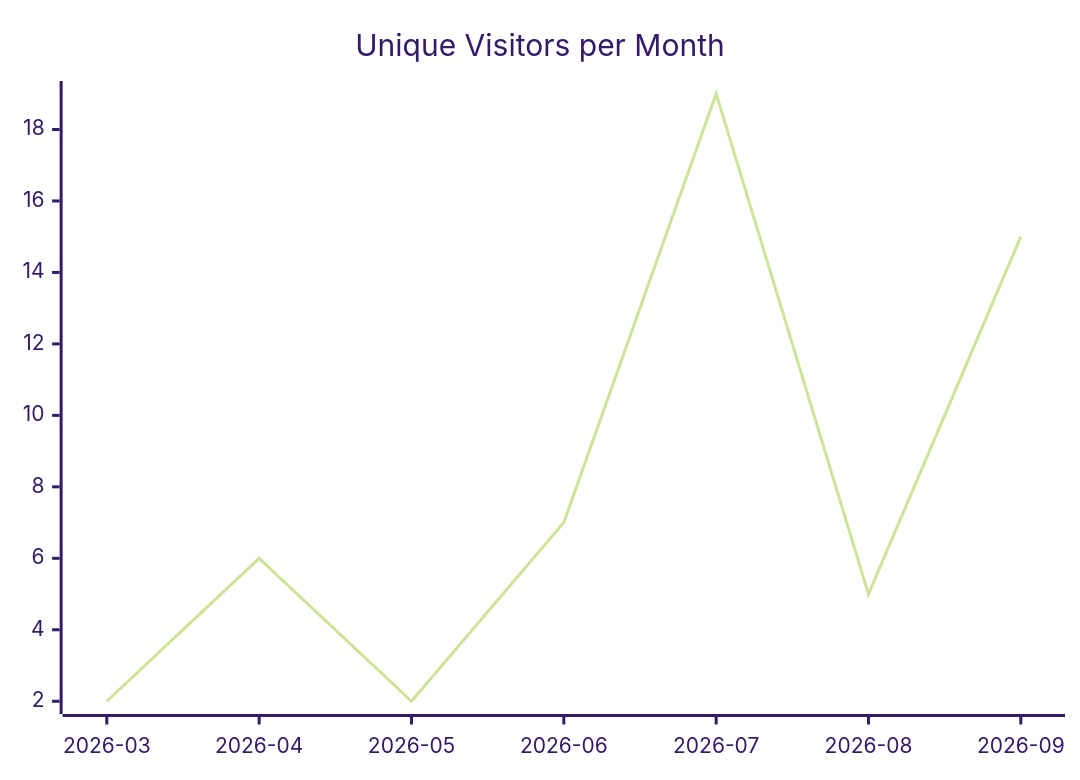
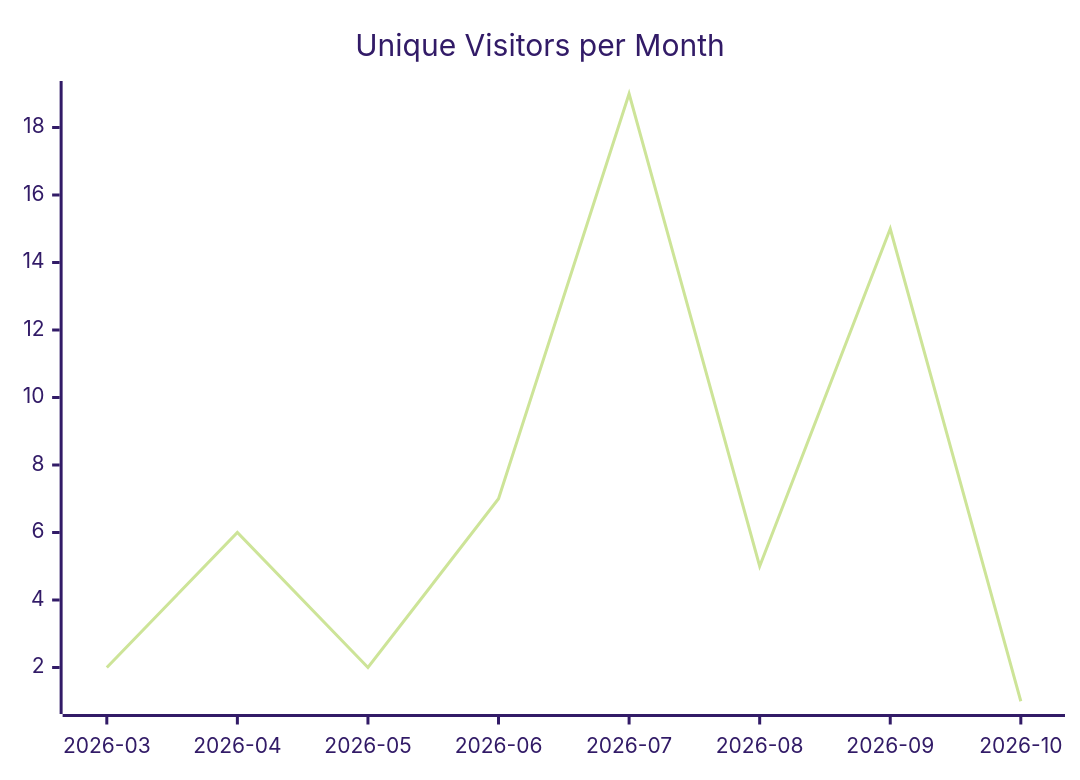
The first of 3 diagrams in karlmdavis/fhir-benchmarks/README.md (justdavis-family/github-analytics-data), drawn with Mermaid (forest theme) before and after one commit. The commit also changed other lines of this file and 202 other files, not shown here.

````diff
--- a/karlmdavis/fhir-benchmarks/README.md
+++ b/karlmdavis/fhir-benchmarks/README.md
@@ -5,6 +5,6 @@
 ```mermaid
 xychart-beta
   title "Unique Visitors per Month"
-  x-axis ["2026-03", "2026-04", "2026-05", "2026-06", "2026-07", "2026-08", "2026-09"]
-  line [2, 6, 2, 7, 19, 5, 15]
+  x-axis ["2026-03", "2026-04", "2026-05", "2026-06", "2026-07", "2026-08", "2026-09", "2026-10"]
+  line [2, 6, 2, 7, 19, 5, 15, 1]
 ```
````
